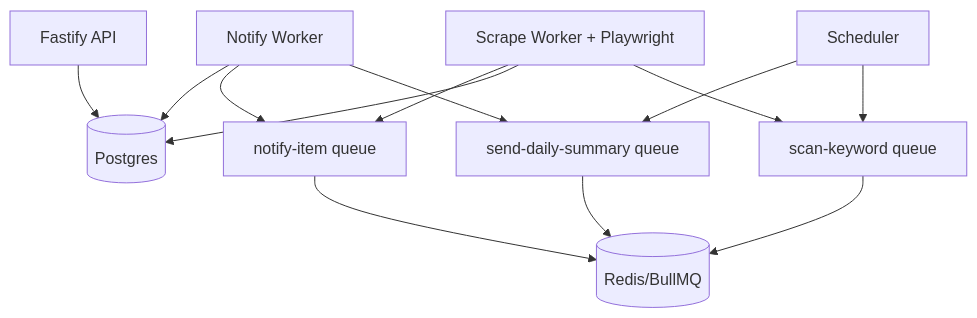
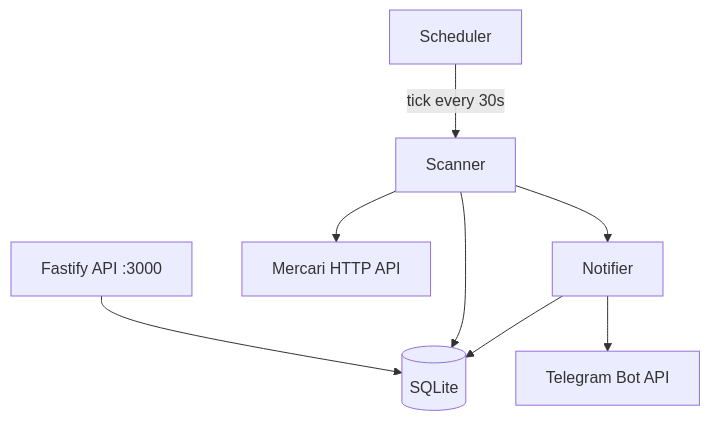
The diagram in docs/overview.md (AudricY/mercari_jp_bot), drawn with Mermaid before and after one commit. The commit also changed other lines of this file and 5 other files, not shown here.

````diff
--- a/docs/overview.md
+++ b/docs/overview.md
@@ -10,15 +10,10 @@
 ```mermaid
 graph TD
-  API[Fastify API] --> DB[(Postgres)]
-  Scheduler[Scheduler] --> Q1[scan-keyword queue]
-  Scheduler --> Q2[send-daily-summary queue]
-  W1[Scrape Worker + Playwright] --> Q1
-  W1 --> DB
-  W1 --> Q3[notify-item queue]
-  W2[Notify Worker] --> Q2
-  W2 --> Q3
-  W2 --> DB
-  Q1 --> Redis[(Redis/BullMQ)]
-  Q2 --> Redis
-  Q3 --> Redis
+  API[Fastify API :3000] --> DB[(SQLite)]
+  Scheduler[Scheduler] -->|tick every 30s| Scanner
+  Scanner[Scanner] --> MercariAPI[Mercari HTTP API]
+  Scanner --> DB
+  Scanner --> Notifier[Notifier]
+  Notifier --> TelegramAPI[Telegram Bot API]
+  Notifier --> DB
 ```
````
